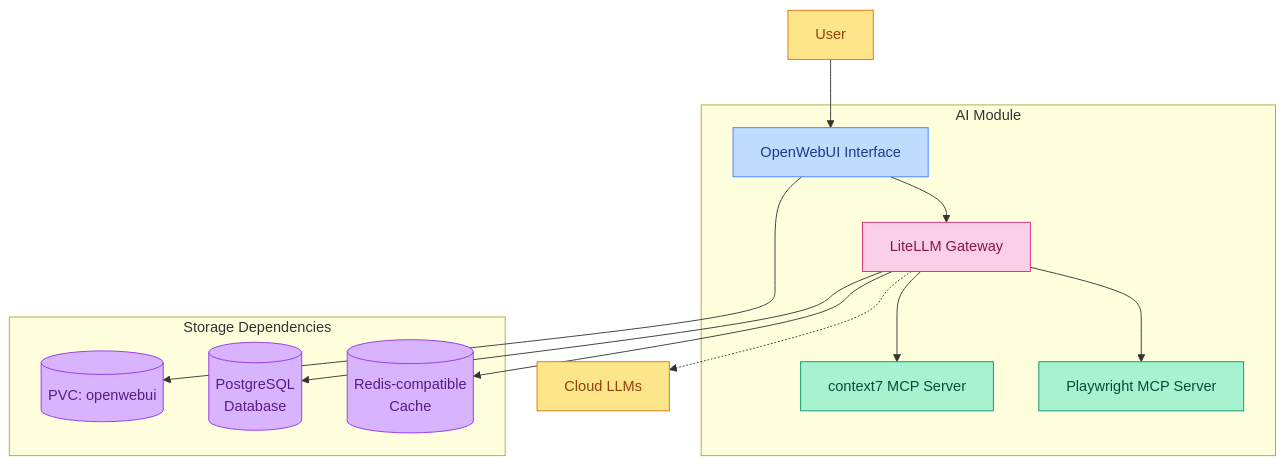
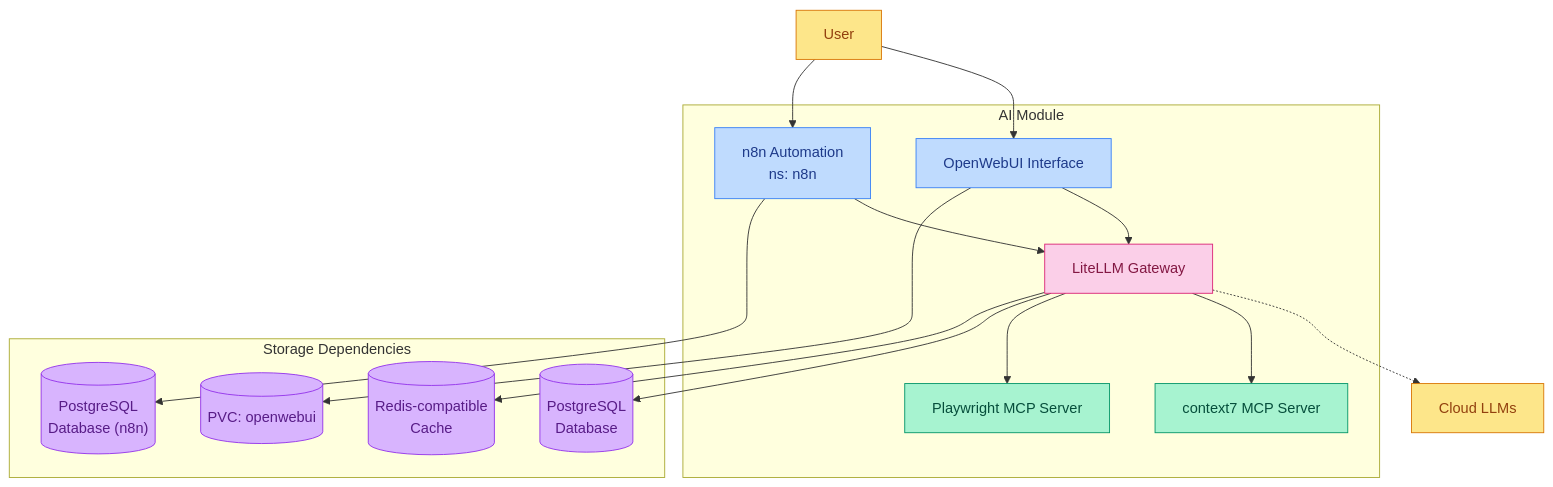
Before and after one commit to ppat/homelab-ops-kubernetes-apps: the diagram in apps/subsystems/ai/README.md, drawn with Mermaid. The commit also changed other lines of this file and 25 other files, not shown here.

````diff
--- a/apps/subsystems/ai/README.md
+++ b/apps/subsystems/ai/README.md
@@ -31,42 +35,47 @@
 ```mermaid
 flowchart TB
     %% Color scheme with good contrast for light/dark themes
     classDef core fill:#a7f3d0,stroke:#059669,color:#064e3b
     classDef ui fill:#bfdbfe,stroke:#3b82f6,color:#1e3a8a
     classDef gateway fill:#fbcfe8,stroke:#db2777,color:#831843
     classDef storage fill:#d8b4fe,stroke:#9333ea,color:#581c87
     classDef external fill:#fde68a,stroke:#d97706,color:#92400e
     classDef legend fill:none,stroke:none,color:#6b7280
 
     %% External Access
     user[User]:::external
     cloud[Cloud LLMs]:::external
 
     %% Core Components - Module Provided
     subgraph module[AI Module]
         openwebui[OpenWebUI Interface]:::ui
         litellm[LiteLLM Gateway]:::gateway
         context7[context7 MCP Server]:::core
         playwright[Playwright MCP Server]:::core
+        n8n[n8n Automation<br/>ns: n8n]:::ui
     end
 
     %% Storage Components - Dependencies
     subgraph storage[Storage Dependencies]
         openwebui_pvc[(PVC: openwebui)]:::storage
         litellm_db[("PostgreSQL<br/>Database")]:::storage
         litellm_cache[("Redis-compatible<br/>Cache")]:::storage
+        n8n_db[("PostgreSQL<br/>Database (n8n)")]:::storage
     end
 
     %% Relationships
     user --> openwebui
+    user --> n8n
 
     openwebui --> litellm
+    n8n --> litellm
     litellm -.-> cloud
 
     litellm --> context7
     litellm --> playwright
 
     openwebui --> openwebui_pvc
     litellm --> litellm_db
     litellm --> litellm_cache
+    n8n --> n8n_db
 ```
````
